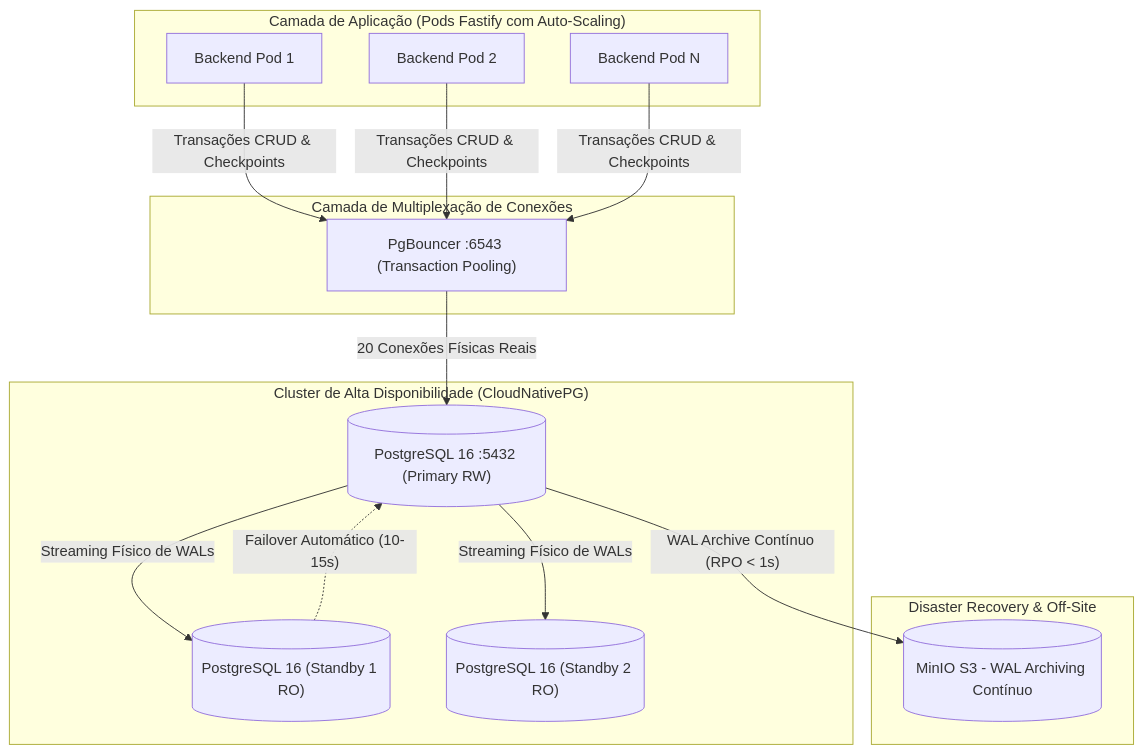
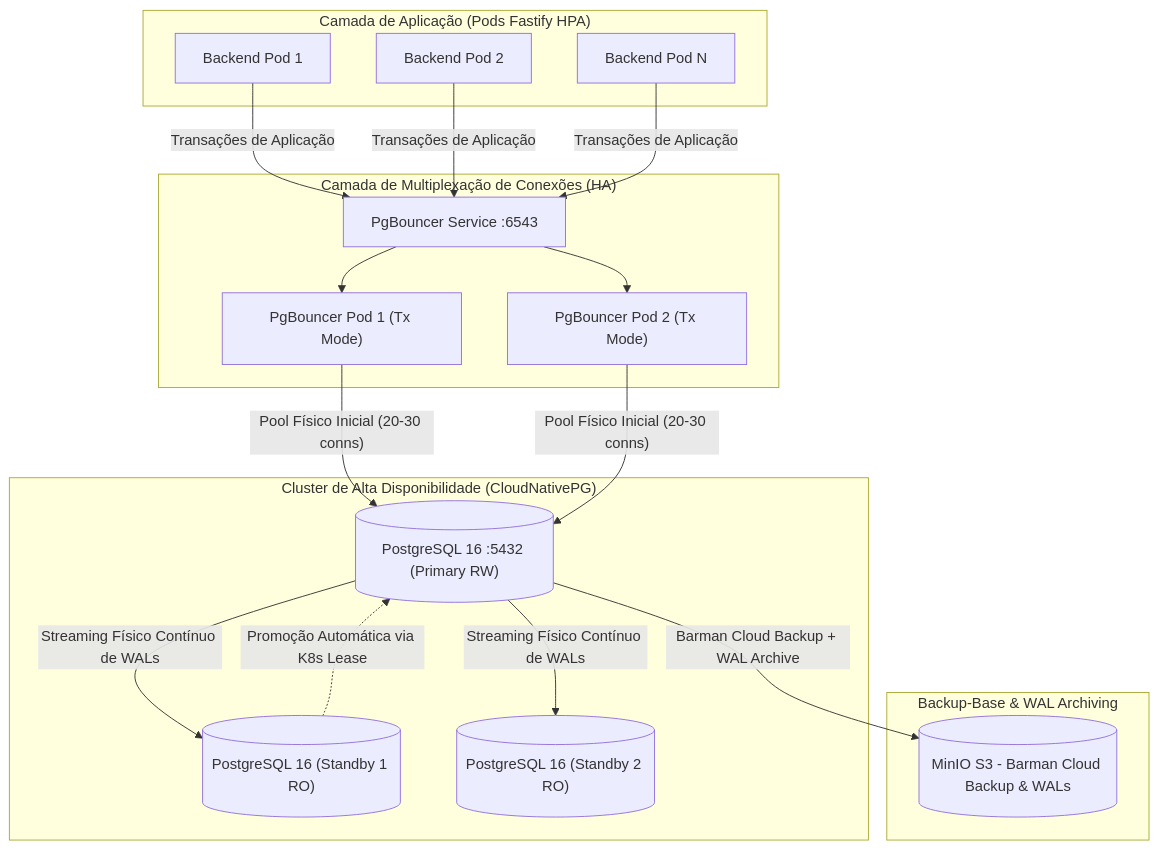
Before and after one commit to Digital-Analytics-Apps/sci-latex-vscode-ai: the diagram in docs/planning/adrs/adr-015-postgresql-scalability-ha-pgbouncer-and-read-replicas.md, drawn with Mermaid. The commit also changed other lines of this file and 1 other file, not shown here.

````diff
--- a/docs/planning/adrs/adr-015-postgresql-scalability-ha-pgbouncer-and-read-replicas.md
+++ b/docs/planning/adrs/adr-015-postgresql-scalability-ha-pgbouncer-and-read-replicas.md
@@ -42,32 +44,37 @@
 ```mermaid
 flowchart TD
-    subgraph Clients["Camada de Aplicação (Pods Fastify com Auto-Scaling)"]
+    subgraph Clients["Camada de Aplicação (Pods Fastify HPA)"]
         Pod1["Backend Pod 1"]
         Pod2["Backend Pod 2"]
         PodN["Backend Pod N"]
     end
 
-    subgraph PoolerTier["Camada de Multiplexação de Conexões"]
-        PgBouncer["PgBouncer :6543 (Transaction Pooling)"]
+    subgraph PoolerTier["Camada de Multiplexação de Conexões (HA)"]
+        PgBouncerService["PgBouncer Service :6543"]
+        PgB1["PgBouncer Pod 1 (Tx Mode)"]
+        PgB2["PgBouncer Pod 2 (Tx Mode)"]
+        PgBouncerService --> PgB1
+        PgBouncerService --> PgB2
     end
 
     subgraph ClusterPG["Cluster de Alta Disponibilidade (CloudNativePG)"]
         Primary[("PostgreSQL 16 :5432 (Primary RW)")]
         Standby1[("PostgreSQL 16 (Standby 1 RO)")]
         Standby2[("PostgreSQL 16 (Standby 2 RO)")]
     end
 
-    subgraph StorageTier["Disaster Recovery & Off-Site"]
-        MinIOWal[("MinIO S3 - WAL Archiving Contínuo")]
+    subgraph StorageTier["Backup-Base & WAL Archiving"]
+        MinIOWal[("MinIO S3 - Barman Cloud Backup & WALs")]
     end
 
-    Pod1 -->|"Transações CRUD & Checkpoints"| PgBouncer
-    Pod2 -->|"Transações CRUD & Checkpoints"| PgBouncer
-    PodN -->|"Transações CRUD & Checkpoints"| PgBouncer
-    PgBouncer -->|"20 Conexões Físicas Reais"| Primary
+    Pod1 -->|"Transações de Aplicação"| PgBouncerService
+    Pod2 -->|"Transações de Aplicação"| PgBouncerService
+    PodN -->|"Transações de Aplicação"| PgBouncerService
+    PgB1 -->|"Pool Físico Inicial (20-30 conns)"| Primary
+    PgB2 -->|"Pool Físico Inicial (20-30 conns)"| Primary
 
-    Primary -->|"Streaming Físico de WALs"| Standby1
-    Primary -->|"Streaming Físico de WALs"| Standby2
-    Primary -->|"WAL Archive Contínuo (RPO < 1s)"| MinIOWal
-    Standby1 -.->|"Failover Automático (10-15s)"| Primary
+    Primary -->|"Streaming Físico Contínuo de WALs"| Standby1
+    Primary -->|"Streaming Físico Contínuo de WALs"| Standby2
+    Primary -->|"Barman Cloud Backup + WAL Archive"| MinIOWal
+    Standby1 -.->|"Promoção Automática via K8s Lease"| Primary
 ```
````
